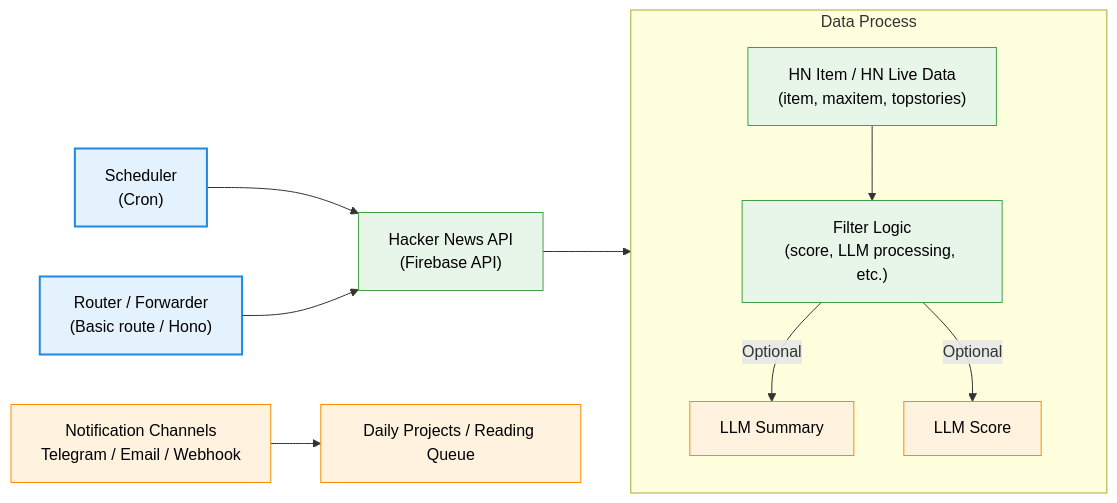
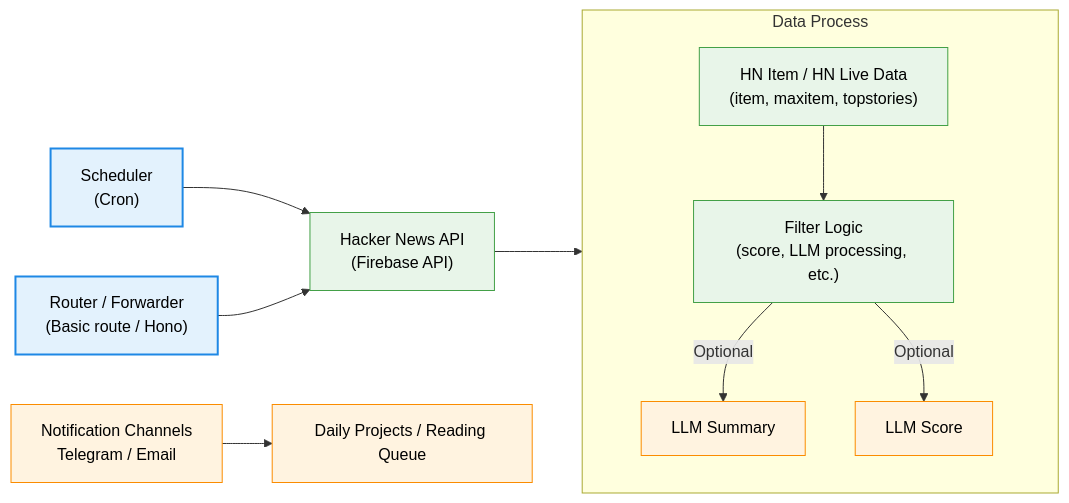
One commit to edwardzcn-decade/hacker-news-worker changed the diagram in README.md. Above: the diagram before and after it, drawn with Mermaid. The commit also changed other lines of this file, not shown here.

````diff
--- a/README.md
+++ b/README.md
@@ -71,35 +89,35 @@
 ```mermaid
 flowchart LR
     Trigger1["Scheduler<br/>(Cron)"]:::source
     Trigger2["Router / Forwarder<br/>(Basic route / Hono)"]:::source
     HN_API["Hacker News API<br/>(Firebase API)"]:::process
 
     Trigger1 --> HN_API
     Trigger2 --> HN_API
 
     HN_API --> DATA_PROCESS
 
     subgraph DATA_PROCESS["Data Process"]
       direction TB
       Process1["HN Item / HN Live Data<br/>(item, maxitem, topstories)"]:::process
       Process2["Filter Logic<br/>(score, LLM processing, etc.)"]:::process
       Output1["LLM Summary"]:::output
       Output2["LLM Score"]:::output
       Process1 --> Process2
       Process2 --> |Optional| Output1
       Process2 --> |Optional| Output2
     end
 
-    E["Notification Channels<br/>Telegram / Email / Webhook"]:::output
+    E["Notification Channels<br/>Telegram / Email"]:::output
     F["Daily Projects / Reading Queue"]:::output
     E --> F
 
     %% --- classes ---
     %% --- source color color:#0d47a1; ---
     %% --- process color:#1b5e20; ---
     %% --- output color:#e65100; ---
     classDef source  fill:#e3f2fd,stroke:#1e88e5,stroke-width:2px;
     classDef process fill:#e8f5e9,stroke:#43a047,stroke-width:1px;
     classDef output  fill:#fff3e0,stroke:#fb8c00,stroke-width:1px;
     classDef default color:#000000;
 ```
````
